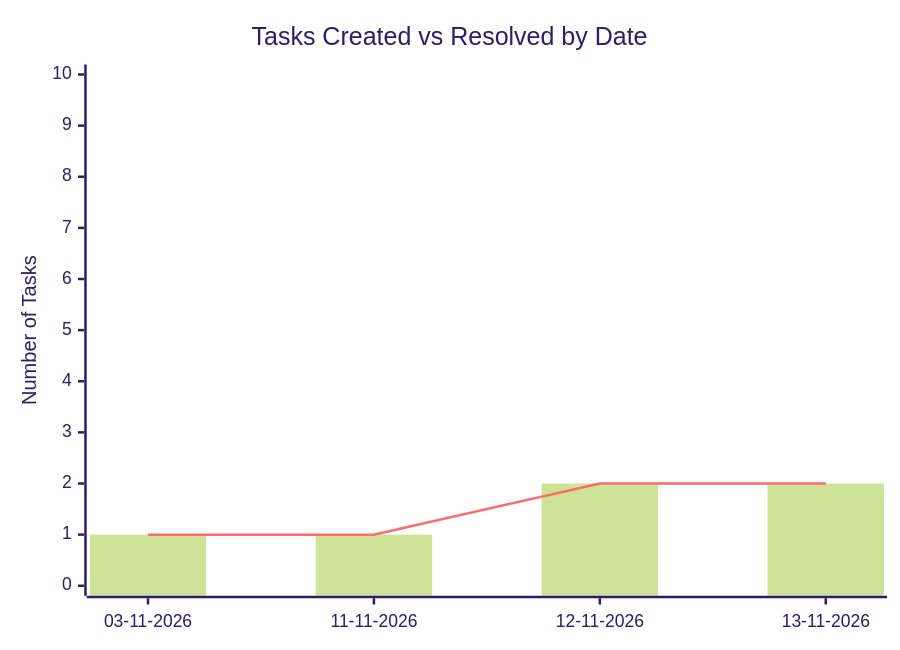
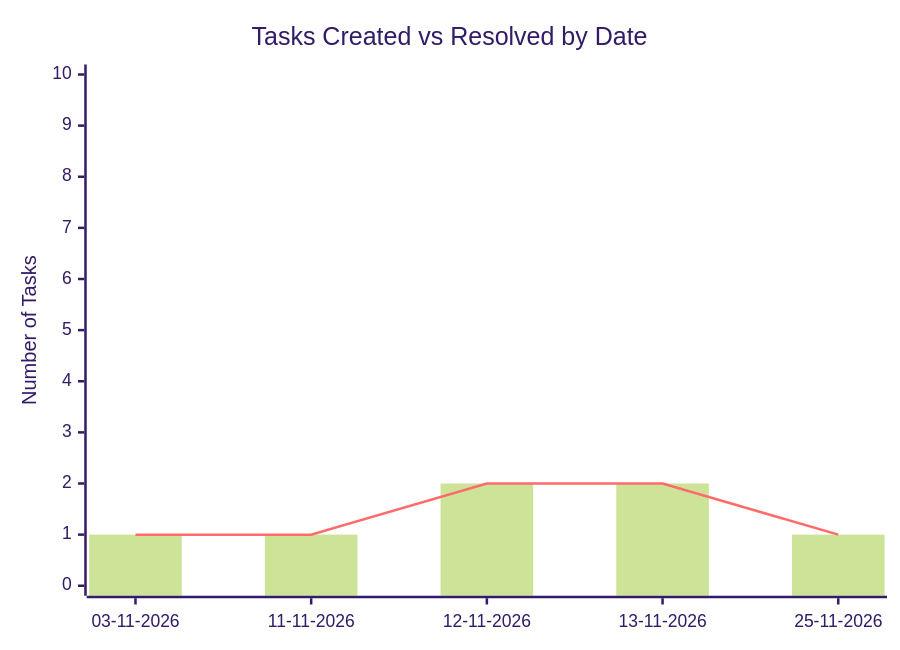
One commit to sagarms97/MyWorkDairy changed the second of 2 diagrams in Koha/Analytics.md. Above: the diagram before and after it, drawn with Mermaid (forest theme). The commit also changed other lines of this file and 14 other files, not shown here.

````diff
--- a/Koha/Analytics.md
+++ b/Koha/Analytics.md
@@ -27,8 +28,8 @@
 ```mermaid
 xychart-beta
     title "Tasks Created vs Resolved by Date"
-    x-axis ["03-11-2026", "11-11-2026", "12-11-2026", "13-11-2026"]
+    x-axis ["03-11-2026", "11-11-2026", "12-11-2026", "13-11-2026", "25-11-2026"]
     y-axis "Number of Tasks" 0 --> 10
-    bar [1, 1, 2, 2]
-    line [1, 1, 2, 2]
+    bar [1, 1, 2, 2, 1]
+    line [1, 1, 2, 2, 1]
 ```
````
